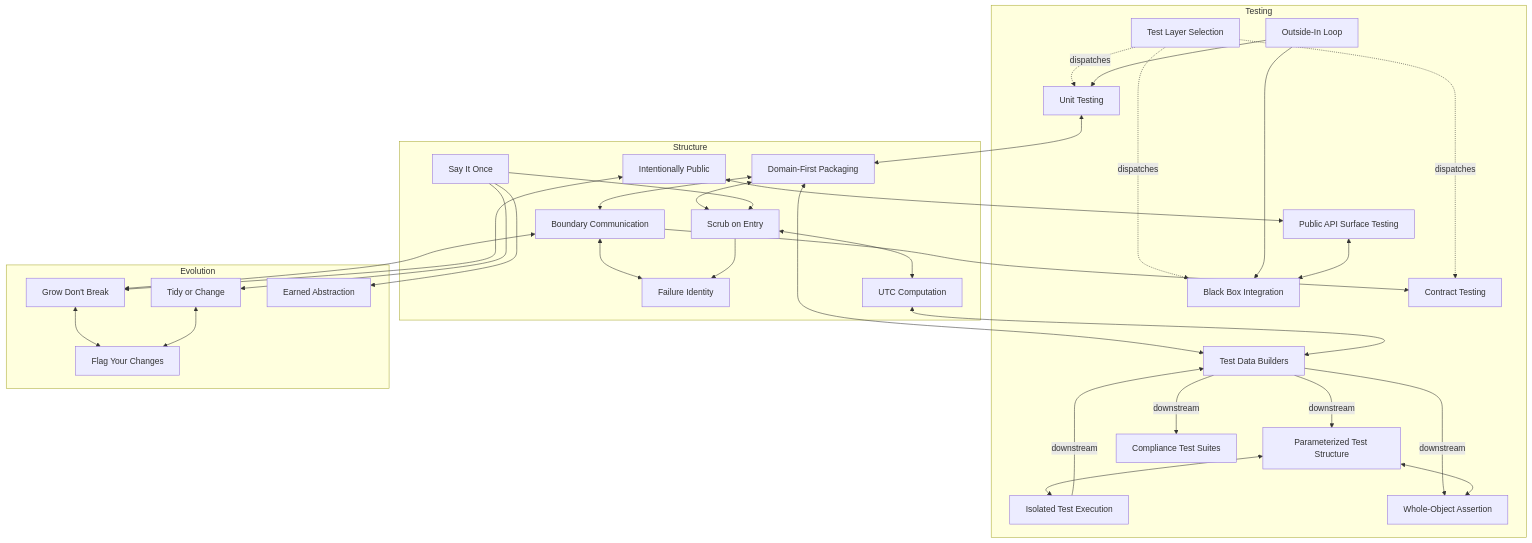
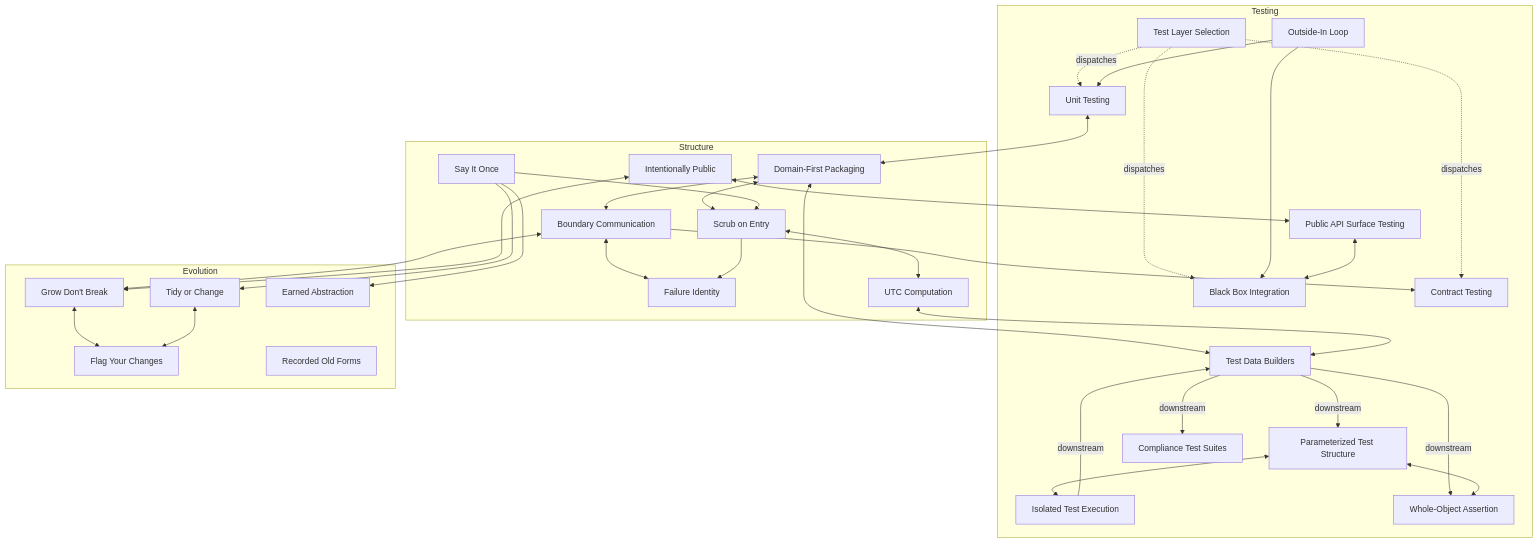
The diagram in strategies/RELATIONSHIPS.md (gaqzi/bjornstack), drawn with Mermaid before and after one commit. The commit also changed other lines of this file and 2 other files, not shown here.

First line of the commit message:
Record old forms the code keeps (bs-f3o.2.11)

````diff
--- a/strategies/RELATIONSHIPS.md
+++ b/strategies/RELATIONSHIPS.md
@@ -13,47 +13,48 @@
 ```mermaid
 graph TD
     subgraph testing [Testing]
         TLS["Test Layer Selection"] -.->|dispatches| UT["Unit Testing"]
         TLS -.->|dispatches| BBIB["Black Box Integration"]
         TLS -.->|dispatches| CT["Contract Testing"]
         OILD["Outside-In Loop"] --> UT
         OILD --> BBIB
         ITE["Isolated Test Execution"] -->|downstream| TDB["Test Data Builders"]
         TDB -->|downstream| WOA["Whole-Object Assertion"]
         TDB -->|downstream| PTS["Parameterized Test Structure"]
         TDB -->|downstream| CTS["Compliance Test Suites"]
         PTS <--> WOA
         PTS <--> ITE
         PAST["Public API Surface Testing"] <--> BBIB
     end
 
     subgraph structure [Structure]
         DFP["Domain-First Packaging"] <--> BC["Boundary Communication"]
         IP["Intentionally Public"]
         SOE["Scrub on Entry"]
         SIO["Say It Once"]
         FI["Failure Identity"]
         UTC["UTC Computation"]
     end
 
     subgraph evolution [Evolution]
         GDB["Grow Don't Break"] <--> FYC["Flag Your Changes"]
         ToC["Tidy or Change"] <--> FYC
         EA["Earned Abstraction"]
+        ROF["Recorded Old Forms"]
     end
 
     BC <--> GDB
     IP <--> GDB
     IP <--> PAST
     BC --> CT
     DFP <--> TDB
     DFP <--> SOE
     SIO --> SOE
     SIO --> ToC
     SIO --> EA
     BC <--> FI
     SOE --> FI
     SOE <--> UTC
     UTC <--> TDB
     UT <--> DFP
 ```
````
